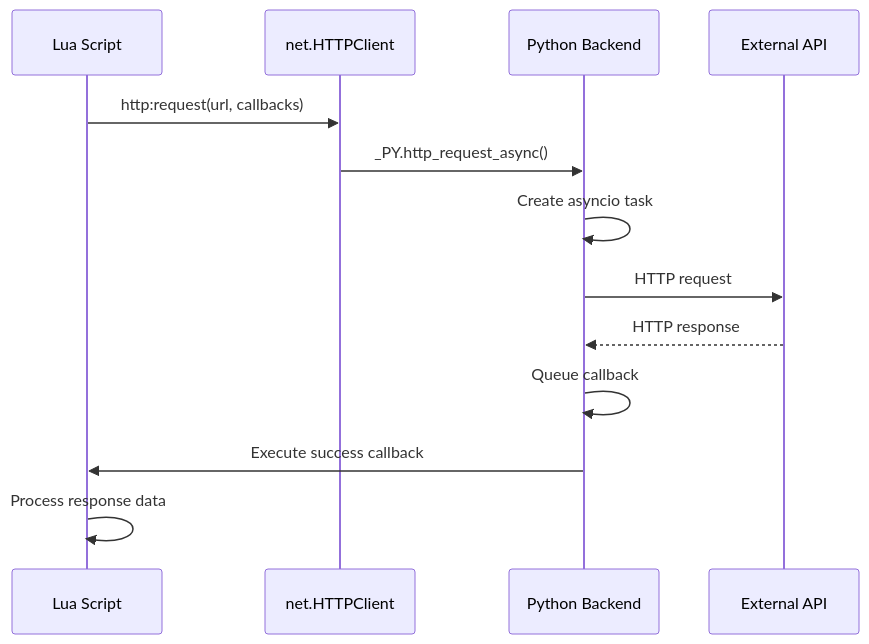
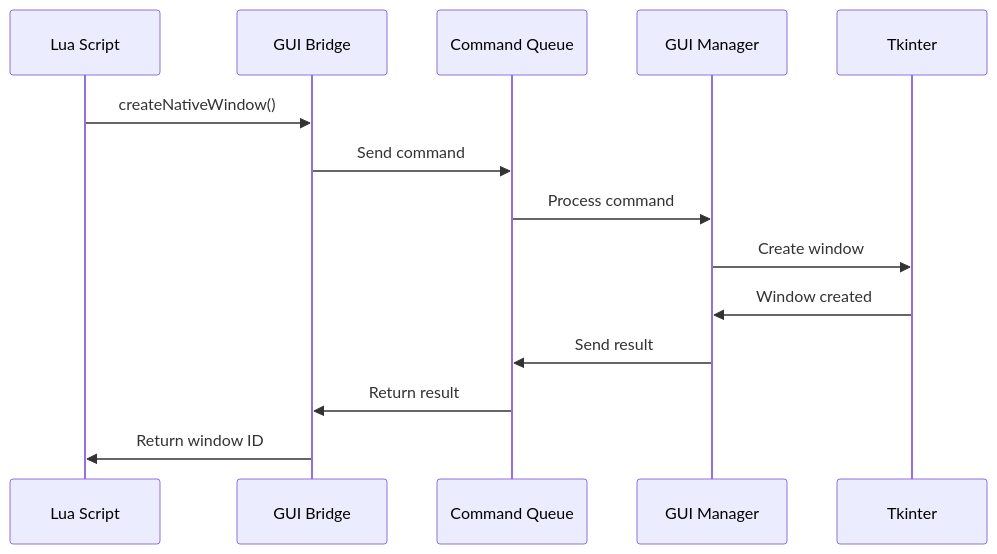
One commit to jangabrielsson/plua changed diagram 12 of 18 in ARCHITECTURE.md. Above: the diagram before and after it, drawn with Mermaid. The commit also changed other lines of this file and 404 other files, not shown here.

````diff
--- a/ARCHITECTURE.md
+++ b/ARCHITECTURE.md
@@ -571,16 +416,17 @@
 ```mermaid
 sequenceDiagram
     participant Lua as Lua Script
-    participant Net as net.HTTPClient
-    participant Python as Python Backend
-    participant External as External API
+    participant Bridge as GUI Bridge
+    participant Queue as Command Queue
+    participant GUI as GUI Manager
+    participant Tkinter as Tkinter
     
-    Lua->>Net: http:request(url, callbacks)
-    Net->>Python: _PY.http_request_async()
-    Python->>Python: Create asyncio task
-    Python->>External: HTTP request
-    External-->>Python: HTTP response
-    Python->>Python: Queue callback
-    Python->>Lua: Execute success callback
-    Lua->>Lua: Process response data
+    Lua->>Bridge: createNativeWindow()
+    Bridge->>Queue: Send command
+    Queue->>GUI: Process command
+    GUI->>Tkinter: Create window
+    Tkinter->>GUI: Window created
+    GUI->>Queue: Send result
+    Queue->>Bridge: Return result
+    Bridge->>Lua: Return window ID
 ```
````
